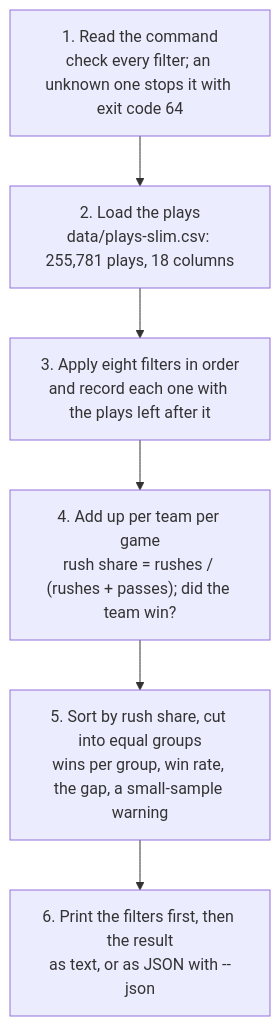
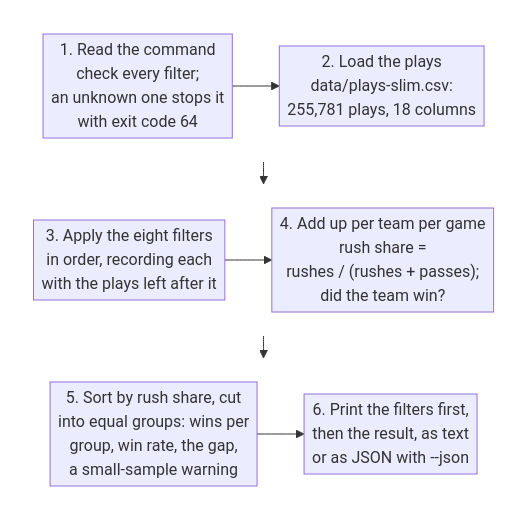
The second of 2 diagrams in README.md (ismayc/monday-morning-agent), drawn with Mermaid before and after one commit.

Commit message:
README: the tool's six stages in two columns, so the diagram is half as tall
Same six labels in three rows of two, read left to right then down, with
the line breaks set by hand so no box is wider than about 28 characters.
540 by 516 pixels against 276 by 1046, and still narrow enough to read on a
phone.

Claude-Session: https://claude.ai/code/session_018CvgqF1SdTnbJTqnsn8FNP

````diff
--- a/README.md
+++ b/README.md
@@ -60,10 +60,26 @@
 ```mermaid
+%%{init: {"flowchart": {"nodeSpacing": 28, "rankSpacing": 22, "padding": 4, "wrappingWidth": 240}}}%%
 flowchart TB
-    cmd["1. Read the command<br/>check every filter; an unknown one stops it with exit code 64"]
-    load["2. Load the plays<br/>data/plays-slim.csv: 255,781 plays, 18 columns"]
-    filt["3. Apply eight filters in order<br/>and record each one with the plays left after it"]
-    team["4. Add up per team per game<br/>rush share = rushes / (rushes + passes); did the team win?"]
-    grp["5. Sort by rush share, cut into equal groups<br/>wins per group, win rate, the gap, a small-sample warning"]
-    out["6. Print the filters first, then the result<br/>as text, or as JSON with --json"]
-    cmd --> load --> filt --> team --> grp --> out
+    subgraph r1 [" "]
+        direction LR
+        cmd["1. Read the command<br/>check every filter;<br/>an unknown one stops it<br/>with exit code 64"]
+        load["2. Load the plays<br/>data/plays-slim.csv:<br/>255,781 plays, 18 columns"]
+        cmd --> load
+    end
+    subgraph r2 [" "]
+        direction LR
+        filt["3. Apply the eight filters<br/>in order, recording each<br/>with the plays left after it"]
+        team["4. Add up per team per game<br/>rush share =<br/>rushes / (rushes + passes);<br/>did the team win?"]
+        filt --> team
+    end
+    subgraph r3 [" "]
+        direction LR
+        grp["5. Sort by rush share, cut<br/>into equal groups: wins per<br/>group, win rate, the gap,<br/>a small-sample warning"]
+        out["6. Print the filters first,<br/>then the result, as text<br/>or as JSON with --json"]
+        grp --> out
+    end
+    r1 --> r2 --> r3
+    style r1 fill:none,stroke:none
+    style r2 fill:none,stroke:none
+    style r3 fill:none,stroke:none
 ```
````
